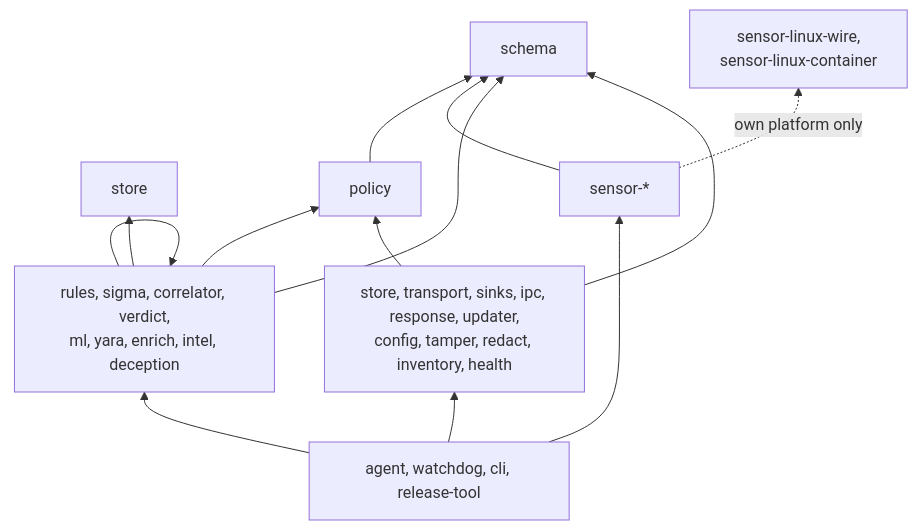
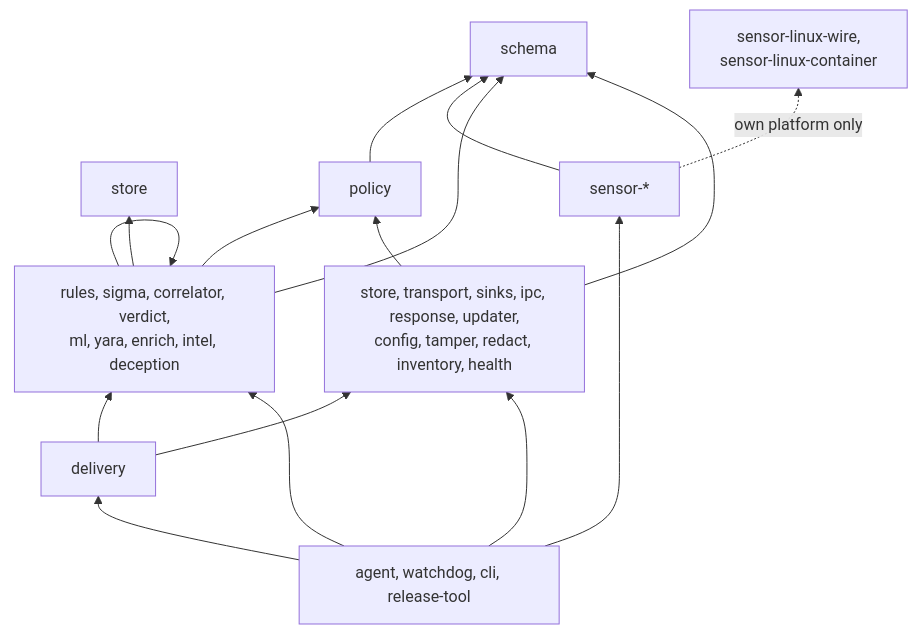
Before and after one commit to synthaea-lab/agent: the second of 2 diagrams in docs/architecture.md, drawn with Mermaid. The commit also changed other lines of this file and 24 other files, not shown here.

First line of the commit message:
refactor(delivery): upload and content leave the binary for a composition crate (#401)

````diff
--- a/docs/architecture.md
+++ b/docs/architecture.md
@@ -60,12 +60,13 @@
 ```mermaid
 flowchart BT
   schema[schema]
   policy[policy] --> schema
   sensors["sensor-*"] --> schema
   sensors -.->|own platform only| wire["sensor-linux-wire,<br/>sensor-linux-container"]
   detection["rules, sigma, correlator, verdict,<br/>ml, yara, enrich, intel, deception"] --> schema & policy
   detection --> store[store]
   detection --> detection
   leaf["store, transport, sinks, ipc, response, updater,<br/>config, tamper, redact, inventory, health"] --> schema & policy
-  bins["agent, watchdog, cli, release-tool"] --> sensors & detection & leaf
+  composition["delivery"] --> detection & leaf
+  bins["agent, watchdog, cli, release-tool"] --> sensors & detection & leaf & composition
 ```
````
